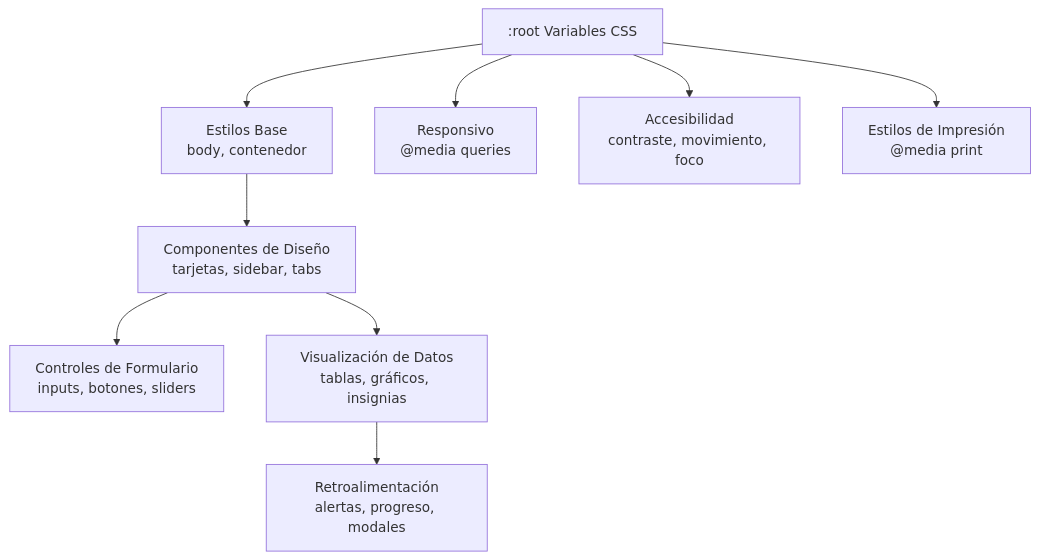
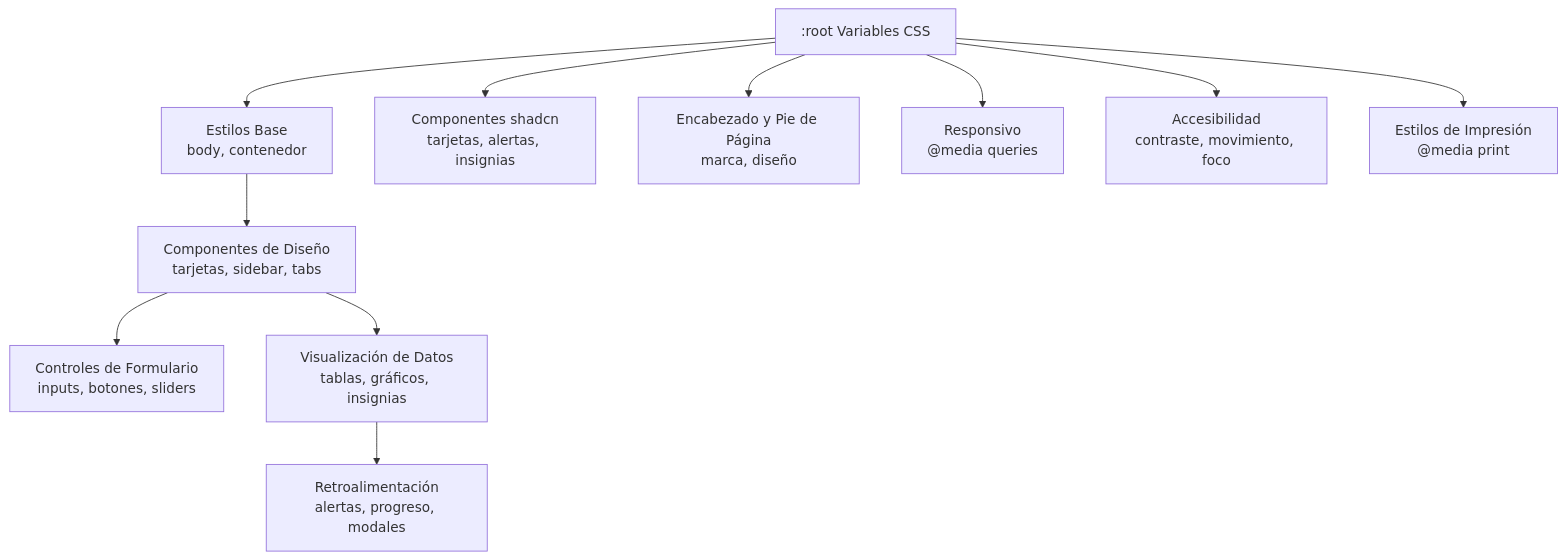
The second of 2 diagrams in final/es/18_ui.md (willl182/pt_app), drawn with Mermaid before and after one commit. The commit also changed other lines of this file and 31 other files, not shown here.

````diff
--- a/final/es/18_ui.md
+++ b/final/es/18_ui.md
@@ -709,12 +1098,14 @@
 ```mermaid
 flowchart TD
     ROOT[":root Variables CSS"] --> BASE["Estilos Base\nbody, contenedor"]
     BASE --> LAYOUT["Componentes de Diseño\ntarjetas, sidebar, tabs"]
     LAYOUT --> FORMS["Controles de Formulario\ninputs, botones, sliders"]
     LAYOUT --> DATA["Visualización de Datos\ntablas, gráficos, insignias"]
     DATA --> FEEDBACK["Retroalimentación\nalertas, progreso, modales"]
     
+    ROOT --> SHADCN["Componentes shadcn\ntarjetas, alertas, insignias"]
+    ROOT --> HEADER["Encabezado y Pie de Página\nmarca, diseño"]
     ROOT --> RESP["Responsivo\n@media queries"]
     ROOT --> A11Y["Accesibilidad\ncontraste, movimiento, foco"]
     ROOT --> PRINT["Estilos de Impresión\n@media print"]
 ```
````
